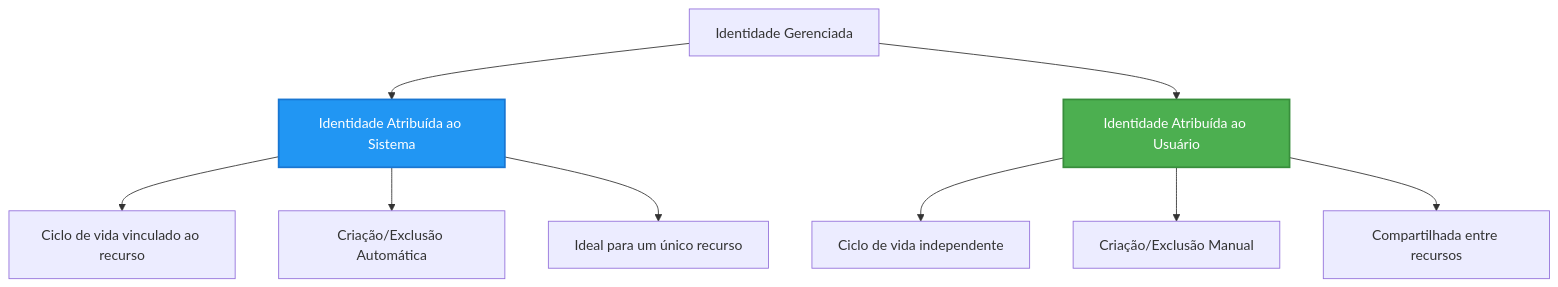
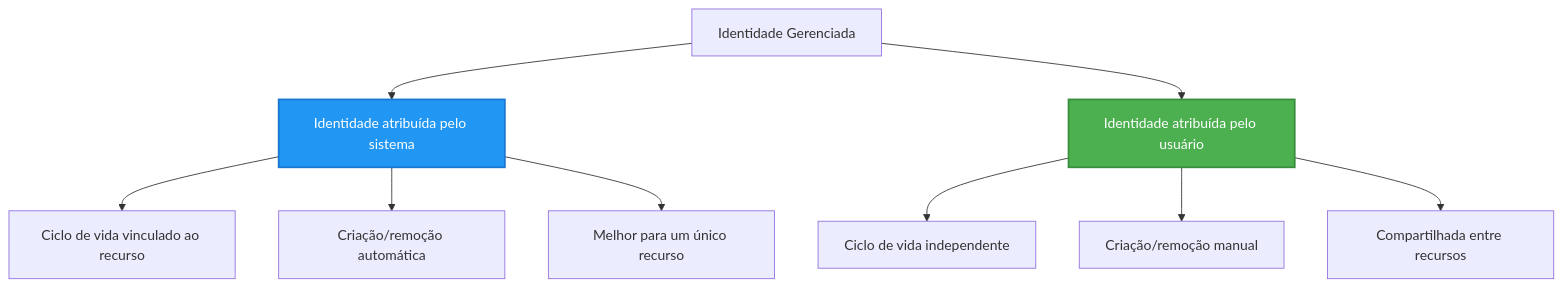
Before and after one commit to microsoft/AZD-for-beginners: the second of 2 diagrams in translations/pt-BR/docs/chapter-03-configuration/authsecurity.md, drawn with Mermaid. The commit also changed other lines of this file and 101 other files, not shown here.

````diff
--- a/translations/pt-BR/docs/chapter-03-configuration/authsecurity.md
+++ b/translations/pt-BR/docs/chapter-03-configuration/authsecurity.md
@@ -97,20 +97,20 @@
 ```mermaid
 graph TB
     MI[Identidade Gerenciada]
-    SystemAssigned[Identidade Atribuída ao Sistema]
-    UserAssigned[Identidade Atribuída ao Usuário]
+    SystemAssigned[Identidade atribuída pelo sistema]
+    UserAssigned[Identidade atribuída pelo usuário]
     
     MI --> SystemAssigned
     MI --> UserAssigned
     
     SystemAssigned --> SA1[Ciclo de vida vinculado ao recurso]
-    SystemAssigned --> SA2[Criação/Exclusão Automática]
-    SystemAssigned --> SA3[Ideal para um único recurso]
+    SystemAssigned --> SA2[Criação/remoção automática]
+    SystemAssigned --> SA3[Melhor para um único recurso]
     
     UserAssigned --> UA1[Ciclo de vida independente]
-    UserAssigned --> UA2[Criação/Exclusão Manual]
+    UserAssigned --> UA2[Criação/remoção manual]
     UserAssigned --> UA3[Compartilhada entre recursos]
     
     style SystemAssigned fill:#2196F3,stroke:#1976D2,stroke-width:2px,color:#fff
     style UserAssigned fill:#4CAF50,stroke:#388E3C,stroke-width:2px,color:#fff
 ```
````
